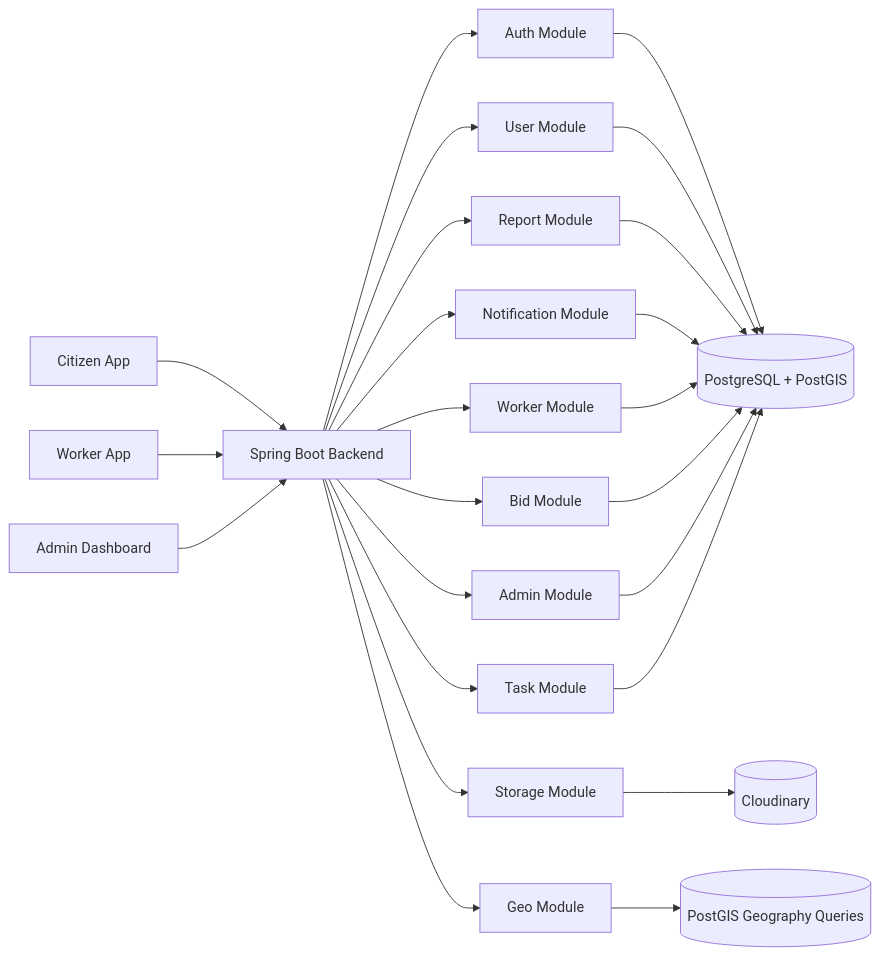
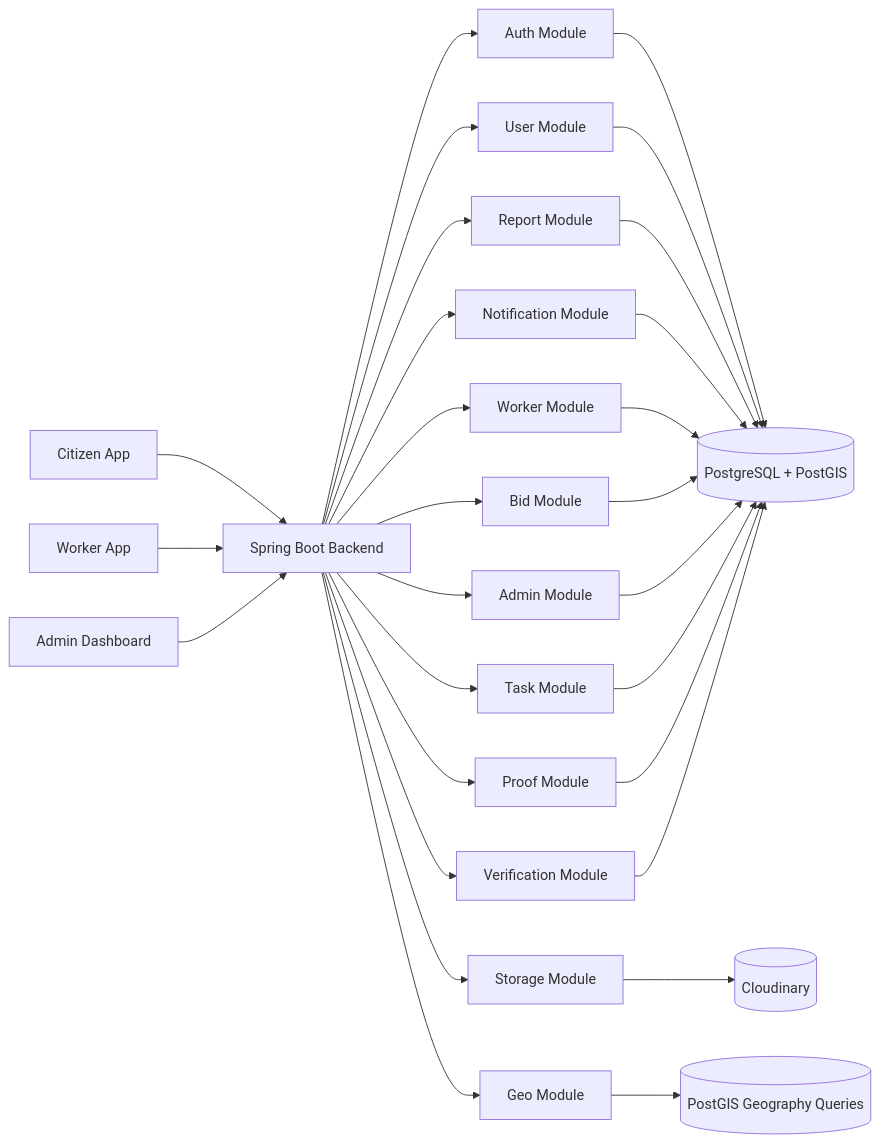
One commit to OmkarDongre7772/SnapFix-Backend changed the first of 11 diagrams in README.md. Above: the diagram before and after it, drawn with Mermaid. The commit also changed other lines of this file and 23 other files, not shown here.

First line of the commit message:
Release-3: Phase 1,2- Proof Upload & Citizen Verification Complete

````diff
--- a/README.md
+++ b/README.md
@@ -81,37 +91,41 @@
 ```mermaid
 flowchart LR
 
     Citizen[Citizen App]
     Worker[Worker App]
     Admin[Admin Dashboard]
 
     Citizen --> API
     Worker --> API
     Admin --> API
 
     API[Spring Boot Backend]
 
     API --> Auth[Auth Module]
     API --> User[User Module]
     API --> Report[Report Module]
     API --> Notification[Notification Module]
     API --> WorkerModule[Worker Module]
     API --> Bid[Bid Module]
     API --> AdminModule[Admin Module]
     API --> Task[Task Module]
+    API --> Proof[Proof Module]
+    API --> Verification[Verification Module]
     API --> Storage[Storage Module]
     API --> Geo[Geo Module]
 
     Auth --> DB[(PostgreSQL + PostGIS)]
     User --> DB
     Report --> DB
     Notification --> DB
     WorkerModule --> DB
     Bid --> DB
     AdminModule --> DB
     Task --> DB
+    Proof --> DB
+    Verification --> DB
 
     Storage --> Cloudinary[(Cloudinary)]
 
     Geo --> PostGIS[(PostGIS Geography Queries)]
 ```
````
